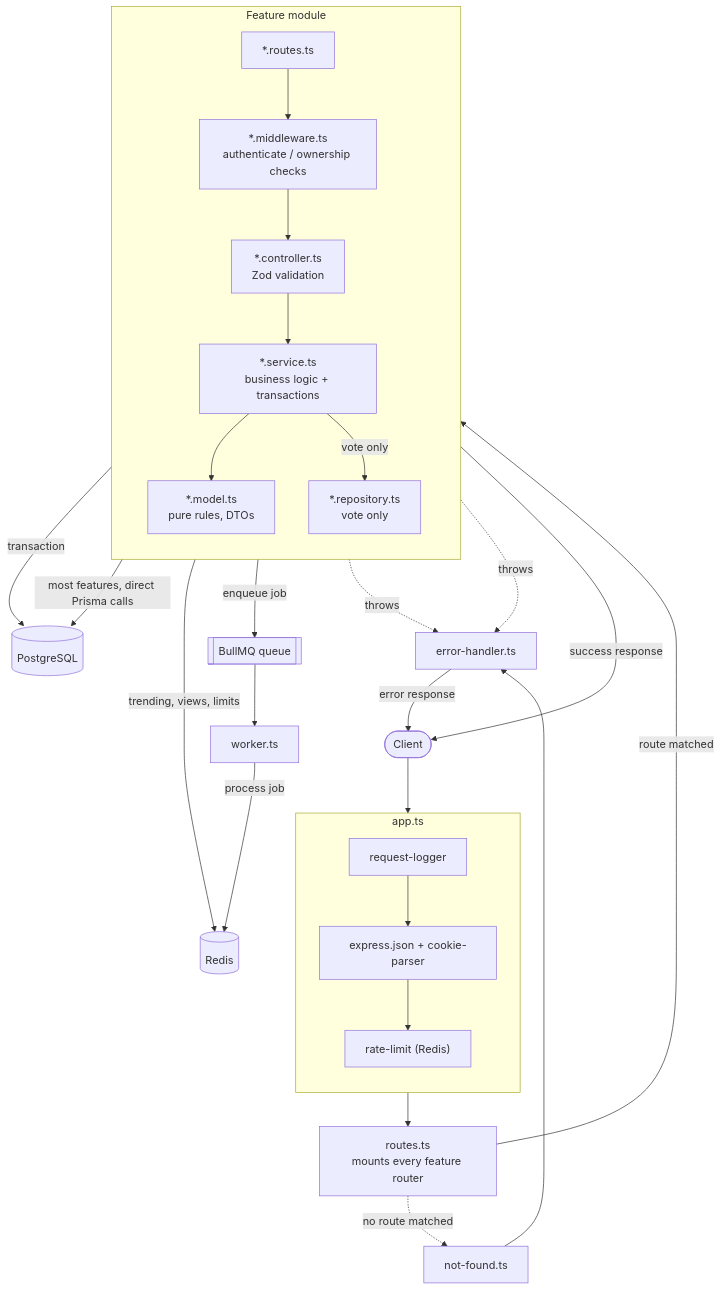
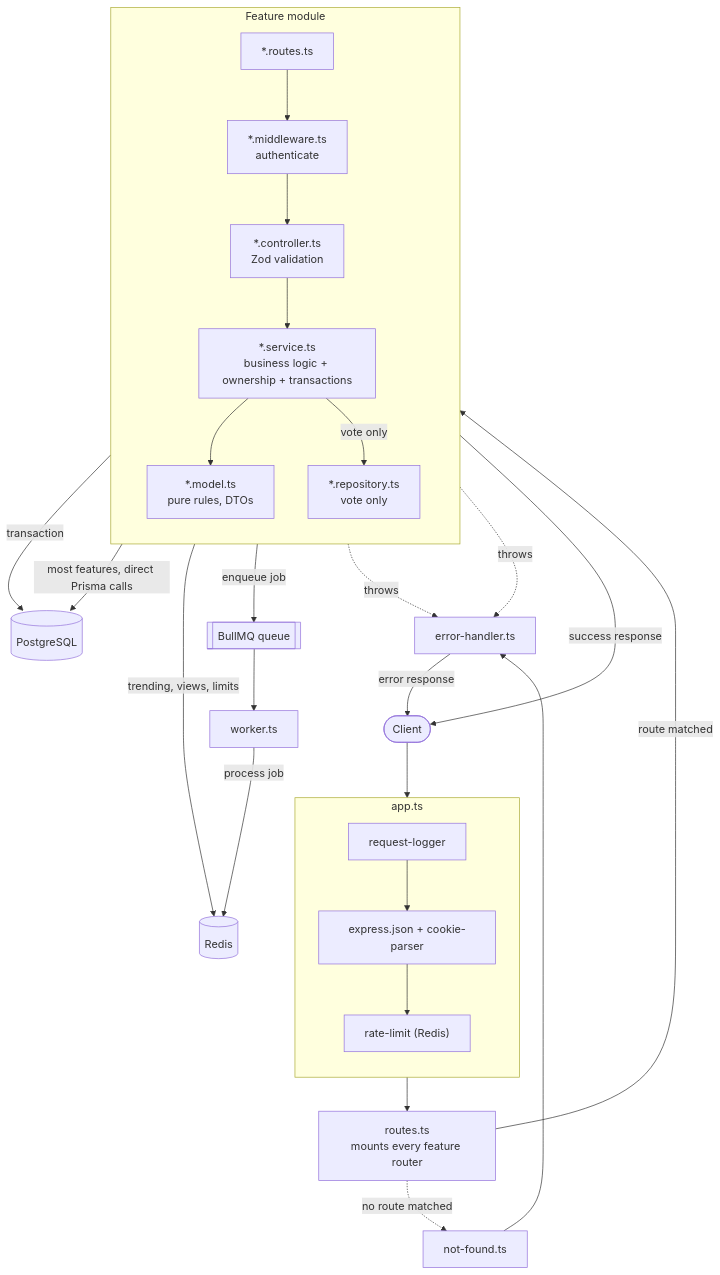
One commit to Tareq-Bilal/Huddle changed the diagram in README.md. Above: the diagram before and after it, drawn with Mermaid. The commit also changed other lines of this file and 21 other files, not shown here.

First line of the commit message:
Move ownership checks from route middleware into the service layer

````diff
--- a/README.md
+++ b/README.md
@@ -166,45 +166,45 @@
 ```mermaid
 flowchart TD
     Client(["Client"])
 
     subgraph AppLayer["app.ts"]
         direction TB
         Logger["request-logger"]
         Parsers["express.json + cookie-parser"]
         RateLimit["rate-limit (Redis)"]
     end
 
     Routes["routes.ts<br/>mounts every feature router"]
 
     subgraph FeatureLayer["Feature module"]
         direction TB
         FRoutes["*.routes.ts"]
-        FMiddleware["*.middleware.ts<br/>authenticate / ownership checks"]
+        FMiddleware["*.middleware.ts<br/>authenticate"]
         Controller["*.controller.ts<br/>Zod validation"]
-        Service["*.service.ts<br/>business logic + transactions"]
+        Service["*.service.ts<br/>business logic + ownership + transactions"]
         Model["*.model.ts<br/>pure rules, DTOs"]
         Repository["*.repository.ts<br/>vote only"]
     end
 
     Postgres[("PostgreSQL")]
     Redis[("Redis")]
     Queue[["BullMQ queue"]]
     Worker["worker.ts"]
 
     NotFound["not-found.ts"]
     ErrorHandler["error-handler.ts"]
 
     Client --> Logger --> Parsers --> RateLimit --> Routes
     Routes -->|route matched| FRoutes --> FMiddleware --> Controller --> Service
     Service --> Model
     Service -->|vote only| Repository -->|transaction| Postgres
     Service -->|most features, direct Prisma calls| Postgres
     Service -->|trending, views, limits| Redis
     Service -->|enqueue job| Queue --> Worker -->|process job| Redis
 
     Routes -.no route matched.-> NotFound --> ErrorHandler
     Controller -.throws.-> ErrorHandler
     Service -.throws.-> ErrorHandler
     ErrorHandler -->|error response| Client
     Controller -->|success response| Client
 ```
````
